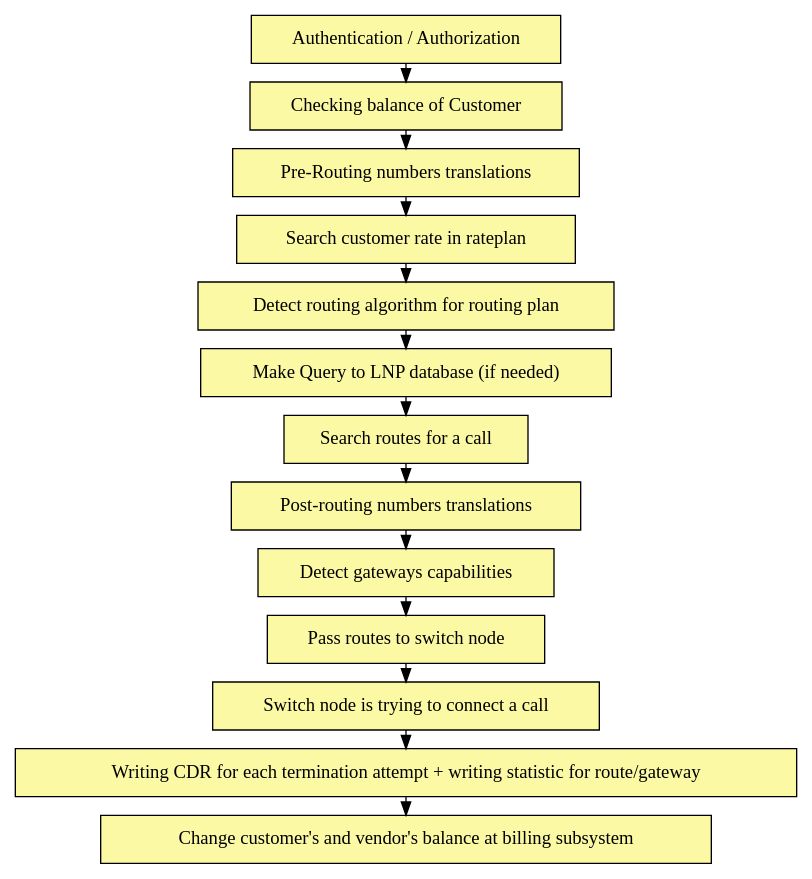
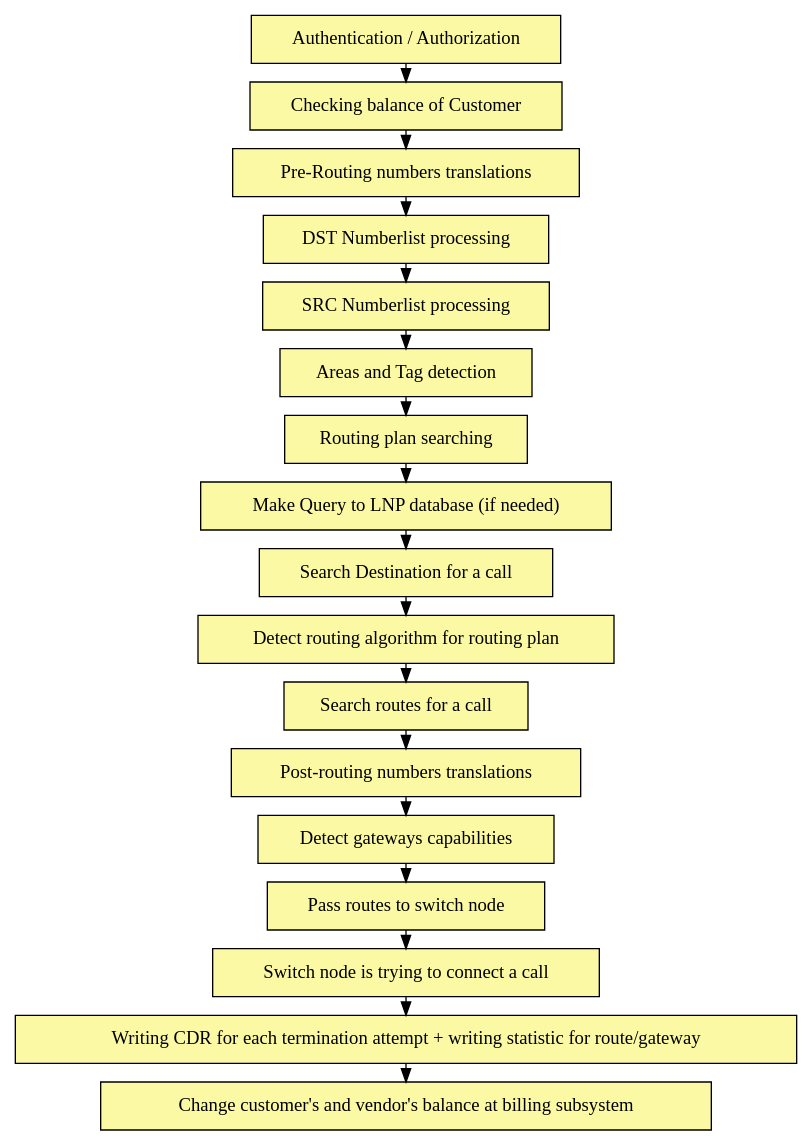
Before and after one commit to yeti-switch/doc: the diagram in docs/en/graphviz/general.dot, drawn with Graphviz. The commit also changed 3 other files, not shown here.

```diff
--- a/docs/en/graphviz/general.dot
+++ b/docs/en/graphviz/general.dot
@@ -1,35 +1,42 @@
 digraph General {
 
     node [style=filled; fillcolor="#FCF9A5"];
     graph [nodesep=1, ranksep=0.2, mindist=0.5];
 
 
     block1 [label = "Authentication / Authorization"; shape=box; sides=4 ];
     block2 [label = "Checking balance of Customer"; shape=box; sides=4 ];
     block3 [label = "Pre-Routing numbers translations"; shape=box; sides=4 ];
-    block4 [label = "Search customer rate in rateplan"; shape=box; sides=4 ];
-    block5 [label = "Detect routing algorithm for routing plan"; shape=box; sides=4 ];
-    block6 [label = "Make Query to LNP database (if needed)"; shape=box; sides=4 ];
-    block7 [label = "Search routes for a call"; shape=box; sides=4 ];
-    block8 [label = "Post-routing numbers translations"; shape=box; sides=4 ];
-    block9 [label = "Detect gateways capabilities"; shape=box; sides=4 ];
-    block10 [label = "Pass routes to switch node"; shape=box; sides=4 ];
-    block11 [label = "Switch node is trying to connect a call"; shape=box; sides=4 ];
-    block12 [label = "Writing CDR for each termination attempt + writing statistic for route/gateway"; shape=box; sides=4 ];
-    block13 [label = "Change customer's and vendor's balance at billing subsystem"; shape=box; sides=4 ];
+    block4 [label = "DST Numberlist processing"; shape=box; sides=4 ];
+    block5 [label = "SRC Numberlist processing"; shape=box; sides=4 ];
+    block6 [label = "Areas and Tag detection"; shape=box; sides=4 ];
+    block7 [label = "Routing plan searching"; shape=box; sides=4 ];
+    block8 [label = "Make Query to LNP database (if needed)"; shape=box; sides=4 ];
+    block9 [label = "Search Destination for a call"; shape=box; sides=4 ];
+    block10 [label = "Detect routing algorithm for routing plan"; shape=box; sides=4 ];
+    block11 [label = "Search routes for a call"; shape=box; sides=4 ];
+    block12 [label = "Post-routing numbers translations"; shape=box; sides=4 ];
+    block13 [label = "Detect gateways capabilities"; shape=box; sides=4 ];
+    block14 [label = "Pass routes to switch node"; shape=box; sides=4 ];
+    block15 [label = "Switch node is trying to connect a call"; shape=box; sides=4 ];
+    block16 [label = "Writing CDR for each termination attempt + writing statistic for route/gateway"; shape=box; sides=4 ];
+    block17 [label = "Change customer's and vendor's balance at billing subsystem"; shape=box; sides=4 ];
 
     block1 -> block2;
     block2 -> block3;
     block3 -> block4;
     block4 -> block5;
     block5 -> block6;
     block6 -> block7;
     block7 -> block8;
     block8 -> block9;
     block9 -> block10;
     block10 -> block11;
     block11 -> block12;
     block12 -> block13;
-
+    block13 -> block14;
+    block14 -> block15;
+    block15 -> block16;
+    block16 -> block17;
 
 }
```
